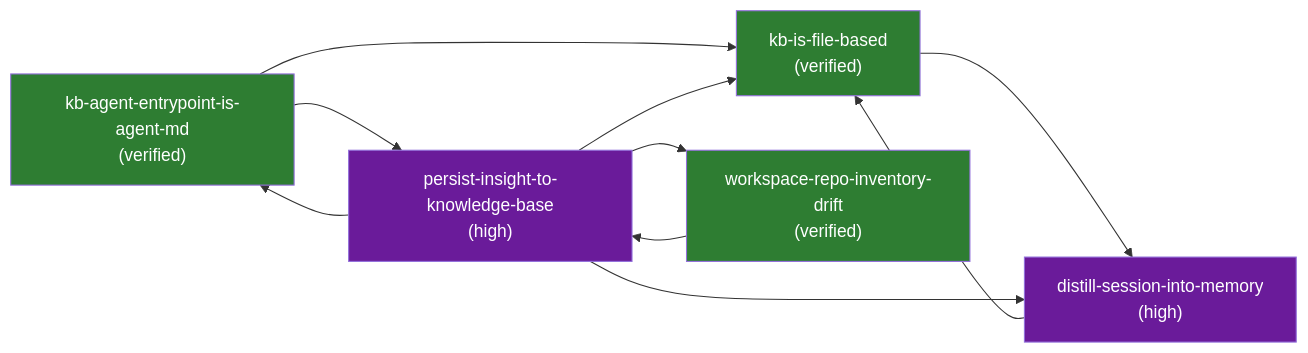
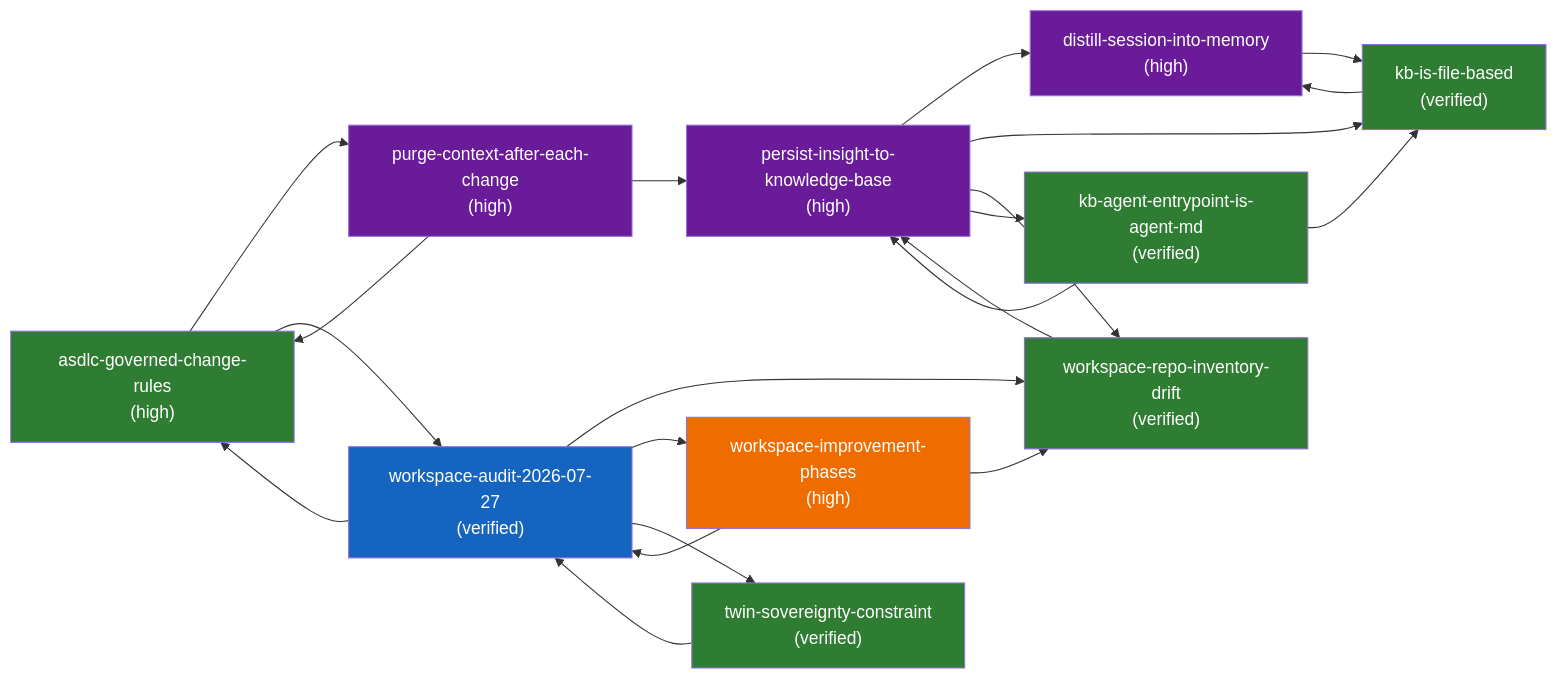
One commit to jvanheerikhuize/knowledge-base changed the diagram in .kb/generated/graph.mmd. Above: the diagram before and after it, drawn with Mermaid. The commit also changed 7 other files, not shown here.

```diff
--- a/.kb/generated/graph.mmd
+++ b/.kb/generated/graph.mmd
@@ -1,22 +1,38 @@
 flowchart LR
     classDef semantic fill:#2e7d32,color:#fff
     classDef episodic fill:#1565c0,color:#fff
     classDef procedural fill:#6a1b9a,color:#fff
     classDef working fill:#8d6e63,color:#fff
     classDef retrieval fill:#00838f,color:#fff
     classDef parametric fill:#455a64,color:#fff
     classDef prospective fill:#ef6c00,color:#fff
+    n_asdlc_governed_change_rules["asdlc-governed-change-rules<br/>(high)"]:::semantic
     n_kb_agent_entrypoint_is_agent_md["kb-agent-entrypoint-is-agent-md<br/>(verified)"]:::semantic
     n_kb_is_file_based["kb-is-file-based<br/>(verified)"]:::semantic
+    n_twin_sovereignty_constraint["twin-sovereignty-constraint<br/>(verified)"]:::semantic
     n_workspace_repo_inventory_drift["workspace-repo-inventory-drift<br/>(verified)"]:::semantic
+    n_workspace_audit_2026_07_27["workspace-audit-2026-07-27<br/>(verified)"]:::episodic
     n_distill_session_into_memory["distill-session-into-memory<br/>(high)"]:::procedural
     n_persist_insight_to_knowledge_base["persist-insight-to-knowledge-base<br/>(high)"]:::procedural
+    n_purge_context_after_each_change["purge-context-after-each-change<br/>(high)"]:::procedural
+    n_workspace_improvement_phases["workspace-improvement-phases<br/>(high)"]:::prospective
+    n_asdlc_governed_change_rules --> n_purge_context_after_each_change
+    n_asdlc_governed_change_rules --> n_workspace_audit_2026_07_27
     n_kb_agent_entrypoint_is_agent_md --> n_kb_is_file_based
     n_kb_agent_entrypoint_is_agent_md --> n_persist_insight_to_knowledge_base
     n_kb_is_file_based --> n_distill_session_into_memory
+    n_twin_sovereignty_constraint --> n_workspace_audit_2026_07_27
     n_workspace_repo_inventory_drift --> n_persist_insight_to_knowledge_base
+    n_workspace_audit_2026_07_27 --> n_workspace_repo_inventory_drift
+    n_workspace_audit_2026_07_27 --> n_workspace_improvement_phases
+    n_workspace_audit_2026_07_27 --> n_twin_sovereignty_constraint
+    n_workspace_audit_2026_07_27 --> n_asdlc_governed_change_rules
     n_distill_session_into_memory --> n_kb_is_file_based
     n_persist_insight_to_knowledge_base --> n_distill_session_into_memory
     n_persist_insight_to_knowledge_base --> n_kb_is_file_based
     n_persist_insight_to_knowledge_base --> n_workspace_repo_inventory_drift
     n_persist_insight_to_knowledge_base --> n_kb_agent_entrypoint_is_agent_md
+    n_purge_context_after_each_change --> n_persist_insight_to_knowledge_base
+    n_purge_context_after_each_change --> n_asdlc_governed_change_rules
+    n_workspace_improvement_phases --> n_workspace_audit_2026_07_27
+    n_workspace_improvement_phases --> n_workspace_repo_inventory_drift
```
